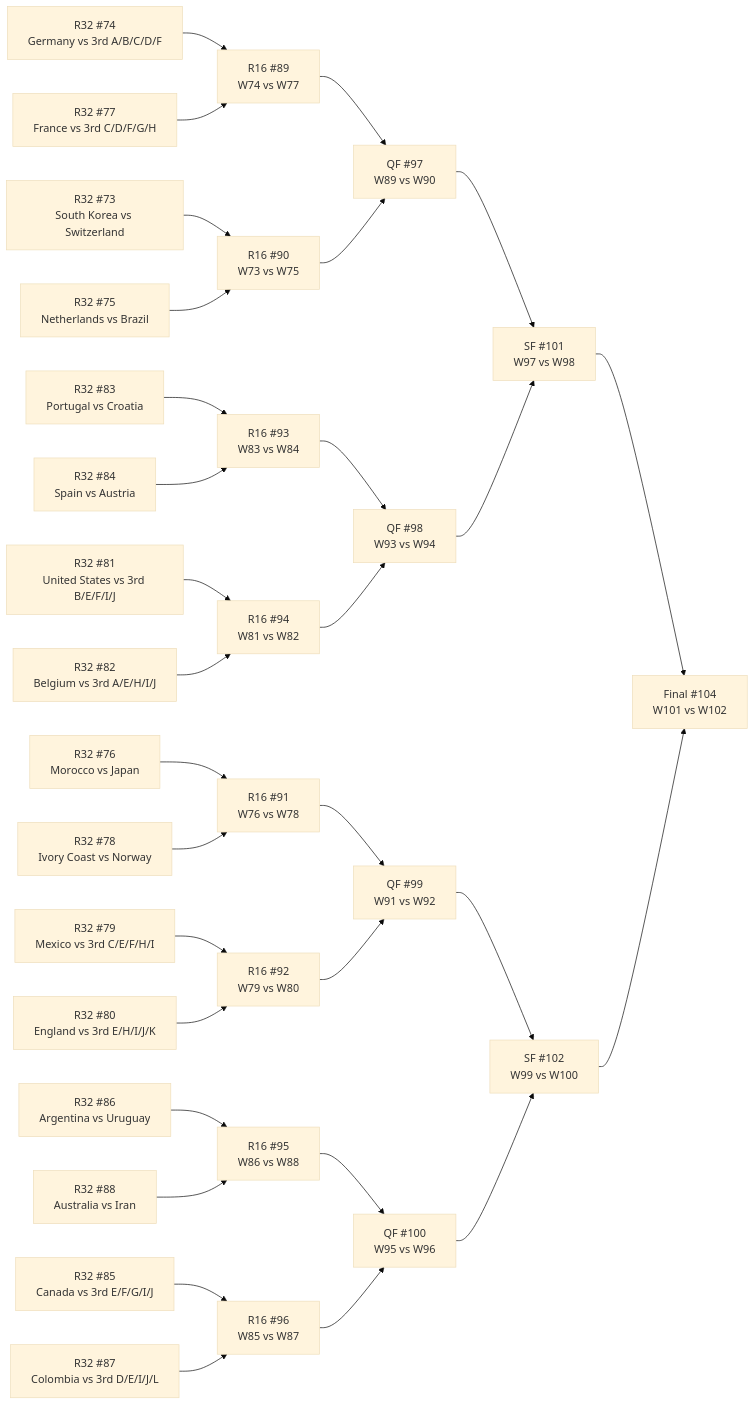
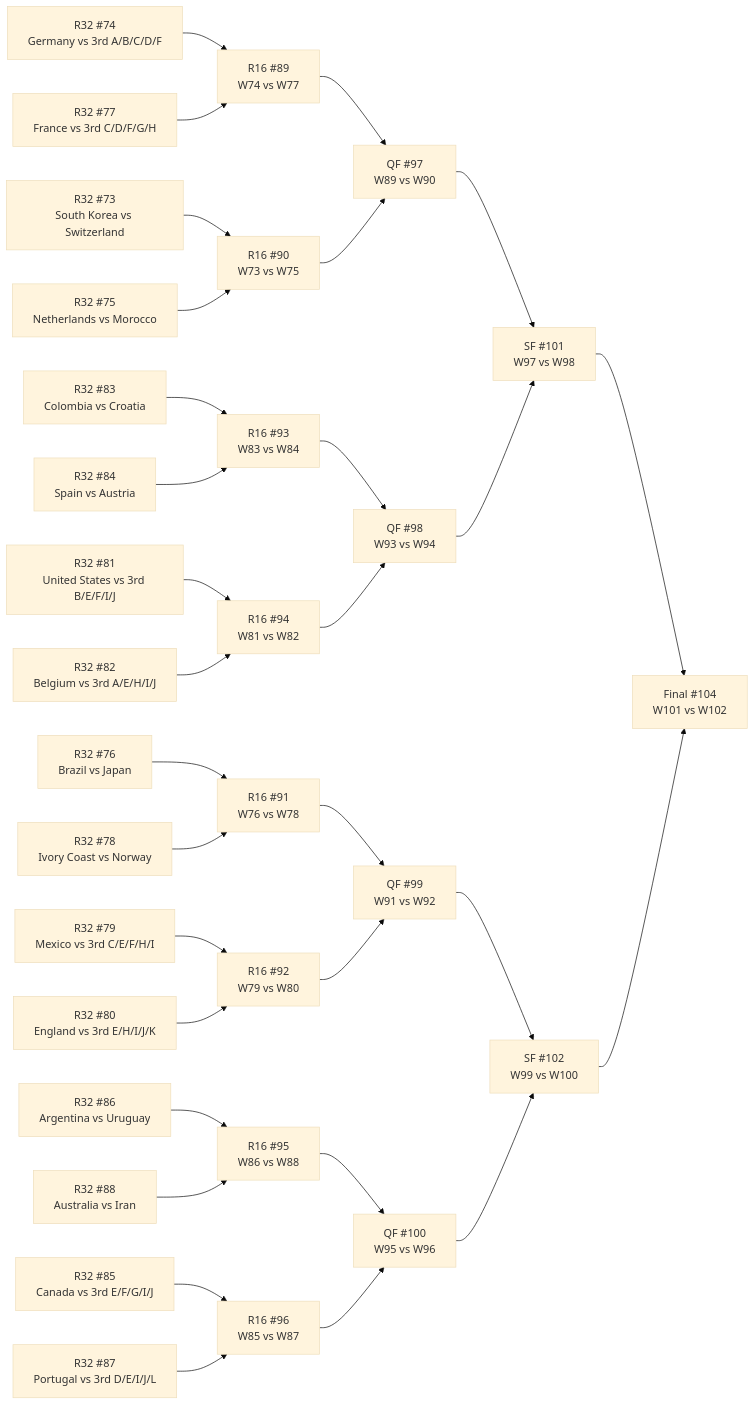
Before and after one commit to Tutai-Tran/WC-2026-predictor: the diagram in WC vault/_bracket.md, drawn with Mermaid (base theme). The commit also changed 84 other files, not shown here.

````diff
--- a/WC vault/_bracket.md
+++ b/WC vault/_bracket.md
@@ -11,64 +11,64 @@
 ```mermaid
 flowchart LR
   M73["R32 #73<br>South Korea vs Switzerland"]
   M74["R32 #74<br>Germany vs 3rd A/B/C/D/F"]
-  M75["R32 #75<br>Netherlands vs Brazil"]
-  M76["R32 #76<br>Morocco vs Japan"]
+  M75["R32 #75<br>Netherlands vs Morocco"]
+  M76["R32 #76<br>Brazil vs Japan"]
   M77["R32 #77<br>France vs 3rd C/D/F/G/H"]
   M78["R32 #78<br>Ivory Coast vs Norway"]
   M79["R32 #79<br>Mexico vs 3rd C/E/F/H/I"]
   M80["R32 #80<br>England vs 3rd E/H/I/J/K"]
   M81["R32 #81<br>United States vs 3rd B/E/F/I/J"]
   M82["R32 #82<br>Belgium vs 3rd A/E/H/I/J"]
-  M83["R32 #83<br>Portugal vs Croatia"]
+  M83["R32 #83<br>Colombia vs Croatia"]
   M84["R32 #84<br>Spain vs Austria"]
   M85["R32 #85<br>Canada vs 3rd E/F/G/I/J"]
   M86["R32 #86<br>Argentina vs Uruguay"]
-  M87["R32 #87<br>Colombia vs 3rd D/E/I/J/L"]
+  M87["R32 #87<br>Portugal vs 3rd D/E/I/J/L"]
   M88["R32 #88<br>Australia vs Iran"]
   M89["R16 #89<br>W74 vs W77"]
   M90["R16 #90<br>W73 vs W75"]
   M91["R16 #91<br>W76 vs W78"]
   M92["R16 #92<br>W79 vs W80"]
   M93["R16 #93<br>W83 vs W84"]
   M94["R16 #94<br>W81 vs W82"]
   M95["R16 #95<br>W86 vs W88"]
   M96["R16 #96<br>W85 vs W87"]
   M97["QF #97<br>W89 vs W90"]
   M98["QF #98<br>W93 vs W94"]
   M99["QF #99<br>W91 vs W92"]
   M100["QF #100<br>W95 vs W96"]
   M101["SF #101<br>W97 vs W98"]
   M102["SF #102<br>W99 vs W100"]
   M104["Final #104<br>W101 vs W102"]
   M74 --> M89
   M77 --> M89
   M73 --> M90
   M75 --> M90
   M76 --> M91
   M78 --> M91
   M79 --> M92
   M80 --> M92
   M83 --> M93
   M84 --> M93
   M81 --> M94
   M82 --> M94
   M86 --> M95
   M88 --> M95
   M85 --> M96
   M87 --> M96
   M89 --> M97
   M90 --> M97
   M93 --> M98
   M94 --> M98
   M91 --> M99
   M92 --> M99
   M95 --> M100
   M96 --> M100
   M97 --> M101
   M98 --> M101
   M99 --> M102
   M100 --> M102
   M101 --> M104
   M102 --> M104
 ```
````
